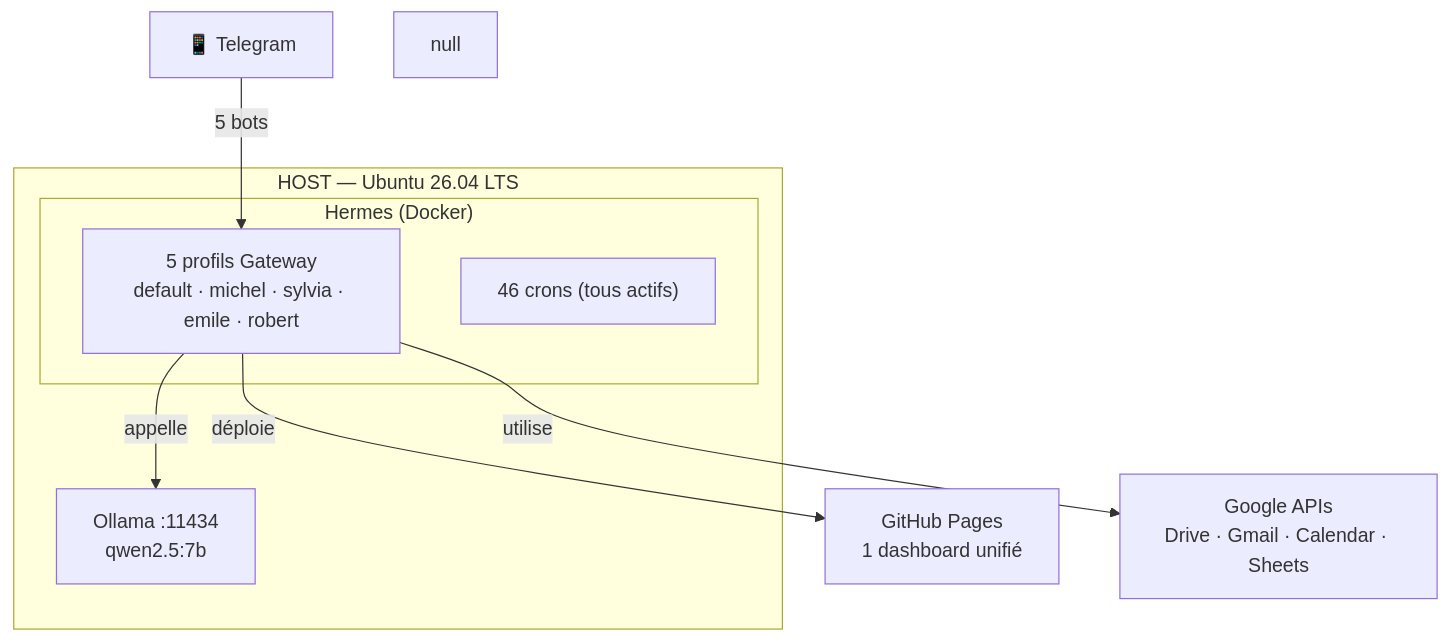
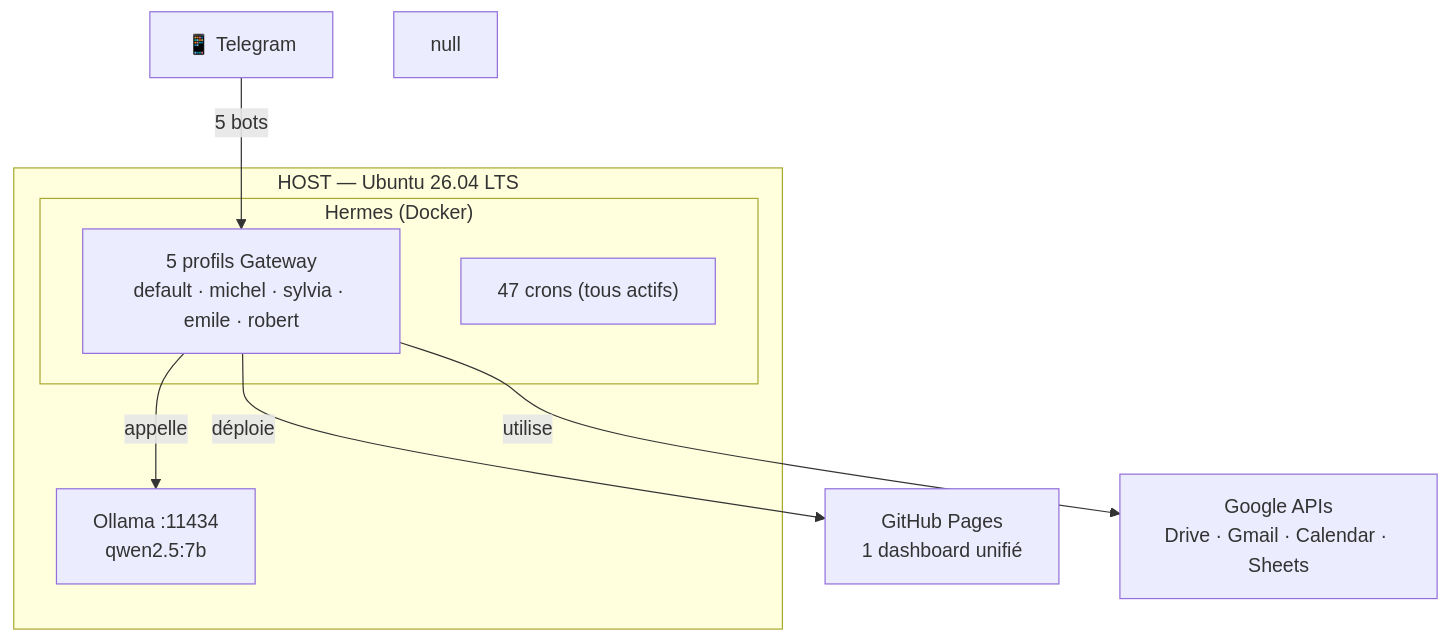
Before and after one commit to christophedanhier-hash/hermes-wiki: the diagram in docs/hermes/installation/linux.md, drawn with Mermaid. The commit also changed other lines of this file and 11 other files, not shown here.

````diff
--- a/docs/hermes/installation/linux.md
+++ b/docs/hermes/installation/linux.md
@@ -129,16 +129,16 @@
 ```mermaid
 graph TB
     subgraph HOST["HOST — Ubuntu 26.04 LTS"]
         Ollama["Ollama :11434<br/>qwen2.5:7b"]
         subgraph Docker["Hermes (Docker)"]
             GW["5 profils Gateway<br/>default · michel · sylvia · emile · robert"]
-            Crons["46 crons (tous actifs)"]
+            Crons["47 crons (tous actifs)"]
         end
     end
     
     Telegram["📱 Telegram"] -->|"5 bots"| GW
     GW -->|"déploie"| GH["GitHub Pages<br/>1 dashboard unifié"]
     GW -->|"utilise"| Google["Google APIs<br/>Drive · Gmail · Calendar · Sheets"]
     GW -->|"appelle"| Ollama
     null
 ```
````
